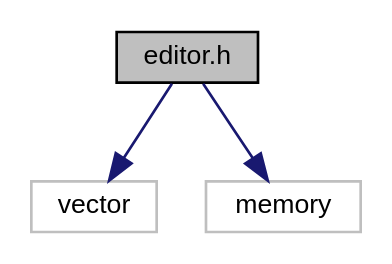
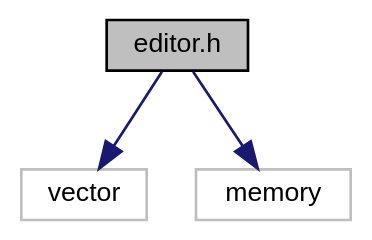
Before and after one commit to marisarze/otus_cpp_development_principles: the diagram in dc/d35/editor_8h__incl.dot, drawn with Graphviz. The commit also changed 82 other files, not shown here.

```diff
--- a/dc/d35/editor_8h__incl.dot
+++ b/dc/d35/editor_8h__incl.dot
@@ -1,12 +1,13 @@
 digraph "editor.h"
 {
  // INTERACTIVE_SVG=YES
  // LATEX_PDF_SIZE
+  bgcolor="transparent";
   edge [fontname="Helvetica",fontsize="10",labelfontname="Helvetica",labelfontsize="10"];
   node [fontname="Helvetica",fontsize="10",shape=record];
   Node1 [label="editor.h",height=0.2,width=0.4,color="black", fillcolor="grey75", style="filled", fontcolor="black",tooltip=" "];
   Node1 -> Node2 [color="midnightblue",fontsize="10",style="solid",fontname="Helvetica"];
-  Node2 [label="vector",height=0.2,width=0.4,color="grey75", fillcolor="white", style="filled",tooltip=" "];
+  Node2 [label="vector",height=0.2,width=0.4,color="grey75",tooltip=" "];
   Node1 -> Node3 [color="midnightblue",fontsize="10",style="solid",fontname="Helvetica"];
-  Node3 [label="memory",height=0.2,width=0.4,color="grey75", fillcolor="white", style="filled",tooltip=" "];
+  Node3 [label="memory",height=0.2,width=0.4,color="grey75",tooltip=" "];
 }
```
